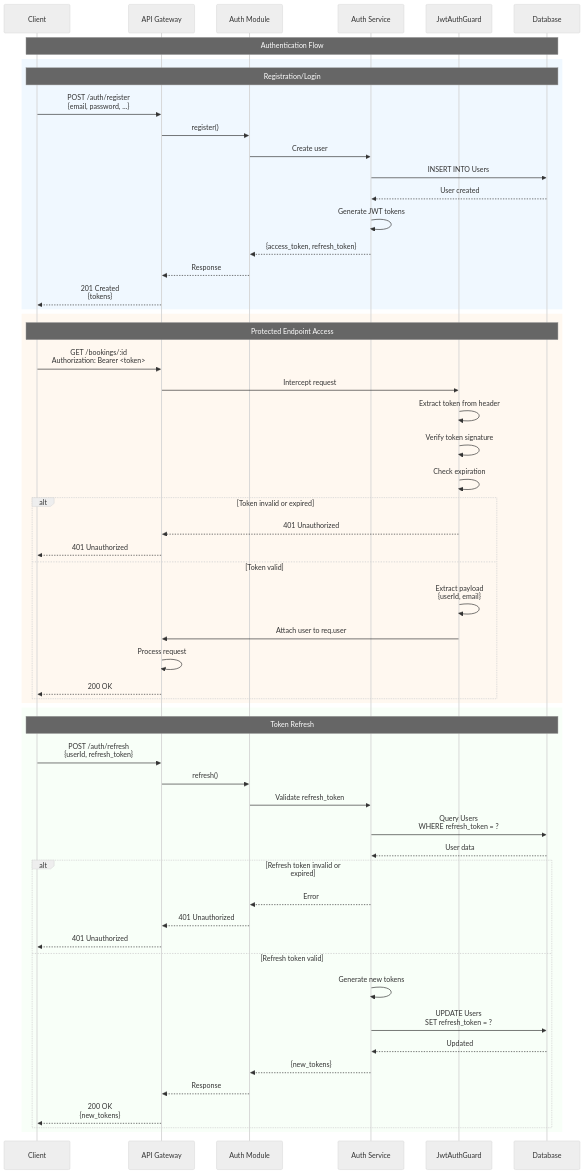
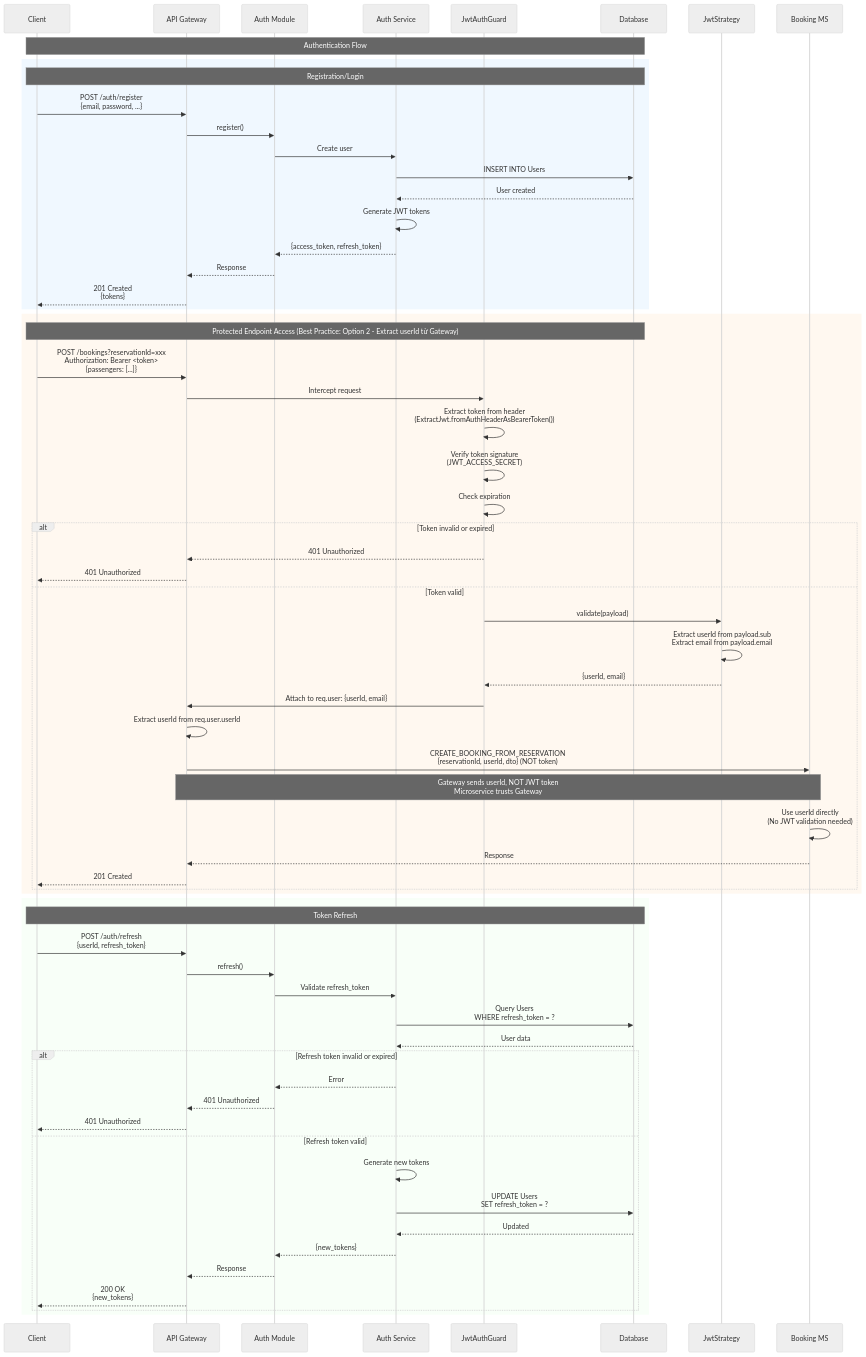
One commit to Wanderlust-Air-Travel/be-flight-booking changed the fourth of 6 diagrams in docs/api/API_SEQUENCE_DIAGRAMS.md. Above: the diagram before and after it, drawn with Mermaid (neutral theme). The commit also changed other lines of this file and 17 other files, not shown here.

Commit message:
fix: update database port to 1434 in README and setup documentation, enhance API documentation with new JWT authentication pattern, reservation expiration validation, and passenger reuse best practices

````diff
--- a/docs/api/API_SEQUENCE_DIAGRAMS.md
+++ b/docs/api/API_SEQUENCE_DIAGRAMS.md
@@ -253,63 +255,69 @@
 ```mermaid
 sequenceDiagram
     participant Client
     participant API Gateway
     participant Auth Module
     participant Auth Service
     participant JwtAuthGuard
     participant Database
 
     Note over Client,Database: Authentication Flow
 
     rect rgb(240, 248, 255)
         Note over Client,Database: Registration/Login
         Client->>API Gateway: POST /auth/register<br/>{email, password, ...}
         API Gateway->>Auth Module: register()
         Auth Module->>Auth Service: Create user
         Auth Service->>Database: INSERT INTO Users
         Database-->>Auth Service: User created
         Auth Service->>Auth Service: Generate JWT tokens
         Auth Service-->>Auth Module: {access_token, refresh_token}
         Auth Module-->>API Gateway: Response
         API Gateway-->>Client: 201 Created<br/>{tokens}
     end
 
     rect rgb(255, 248, 240)
-        Note over Client,Database: Protected Endpoint Access
-        Client->>API Gateway: GET /bookings/:id<br/>Authorization: Bearer <token>
+        Note over Client,Database: Protected Endpoint Access (Best Practice: Option 2 - Extract userId từ Gateway)
+        Client->>API Gateway: POST /bookings?reservationId=xxx<br/>Authorization: Bearer <token><br/>{passengers: [...]}
         API Gateway->>JwtAuthGuard: Intercept request
-        JwtAuthGuard->>JwtAuthGuard: Extract token from header
-        JwtAuthGuard->>JwtAuthGuard: Verify token signature
+        JwtAuthGuard->>JwtAuthGuard: Extract token from header<br/>(ExtractJwt.fromAuthHeaderAsBearerToken())
+        JwtAuthGuard->>JwtAuthGuard: Verify token signature<br/>(JWT_ACCESS_SECRET)
         JwtAuthGuard->>JwtAuthGuard: Check expiration
         alt Token invalid or expired
             JwtAuthGuard-->>API Gateway: 401 Unauthorized
             API Gateway-->>Client: 401 Unauthorized
         else Token valid
-            JwtAuthGuard->>JwtAuthGuard: Extract payload<br/>{userId, email}
-            JwtAuthGuard->>API Gateway: Attach user to req.user
-            API Gateway->>API Gateway: Process request
-            API Gateway-->>Client: 200 OK
+            JwtAuthGuard->>JwtStrategy: validate(payload)
+            JwtStrategy->>JwtStrategy: Extract userId from payload.sub<br/>Extract email from payload.email
+            JwtStrategy-->>JwtAuthGuard: {userId, email}
+            JwtAuthGuard->>API Gateway: Attach to req.user: {userId, email}
+            API Gateway->>API Gateway: Extract userId from req.user.userId
+            API Gateway->>Booking MS: CREATE_BOOKING_FROM_RESERVATION<br/>{reservationId, userId, dto} (NOT token)
+            Note over API Gateway,Booking MS: Gateway sends userId, NOT JWT token<br/>Microservice trusts Gateway
+            Booking MS->>Booking MS: Use userId directly<br/>(No JWT validation needed)
+            Booking MS-->>API Gateway: Response
+            API Gateway-->>Client: 201 Created
         end
     end
 
     rect rgb(248, 255, 248)
         Note over Client,Database: Token Refresh
         Client->>API Gateway: POST /auth/refresh<br/>{userId, refresh_token}
         API Gateway->>Auth Module: refresh()
         Auth Module->>Auth Service: Validate refresh_token
         Auth Service->>Database: Query Users<br/>WHERE refresh_token = ?
         Database-->>Auth Service: User data
         alt Refresh token invalid or expired
             Auth Service-->>Auth Module: Error
             Auth Module-->>API Gateway: 401 Unauthorized
             API Gateway-->>Client: 401 Unauthorized
         else Refresh token valid
             Auth Service->>Auth Service: Generate new tokens
             Auth Service->>Database: UPDATE Users<br/>SET refresh_token = ?
             Database-->>Auth Service: Updated
             Auth Service-->>Auth Module: {new_tokens}
             Auth Module-->>API Gateway: Response
             API Gateway-->>Client: 200 OK<br/>{new_tokens}
         end
     end
 ```
````
